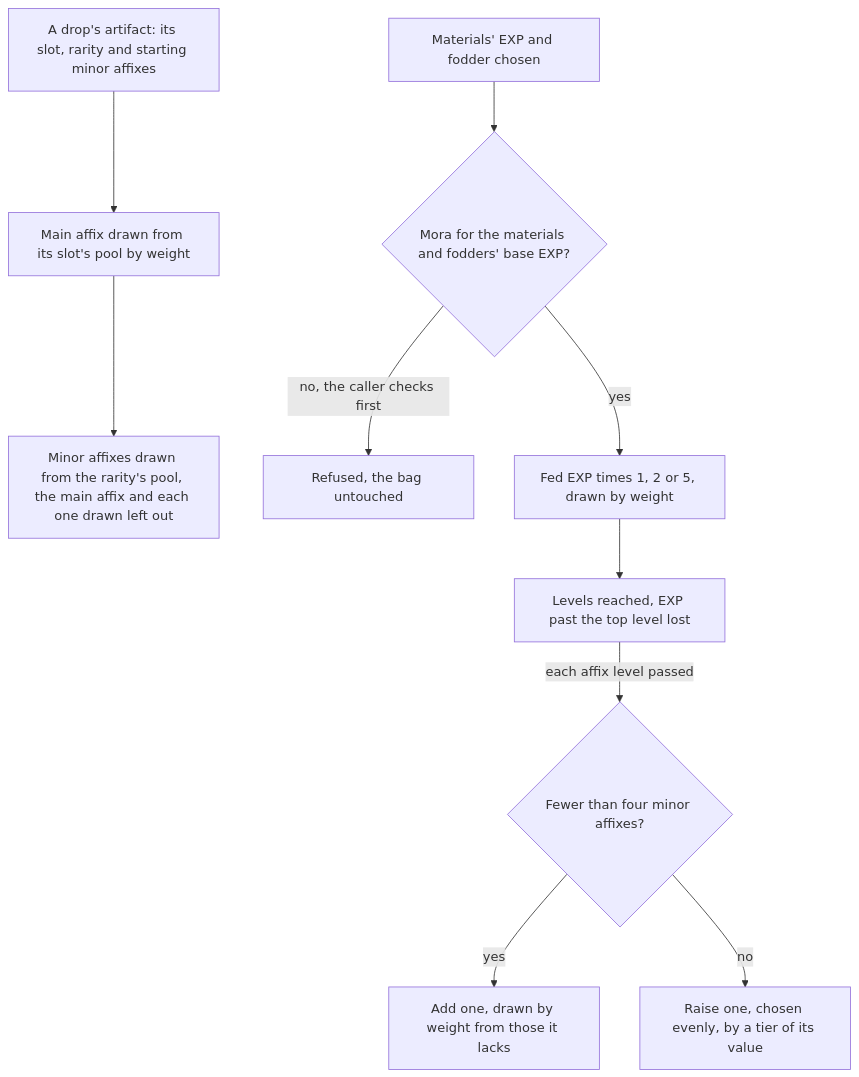
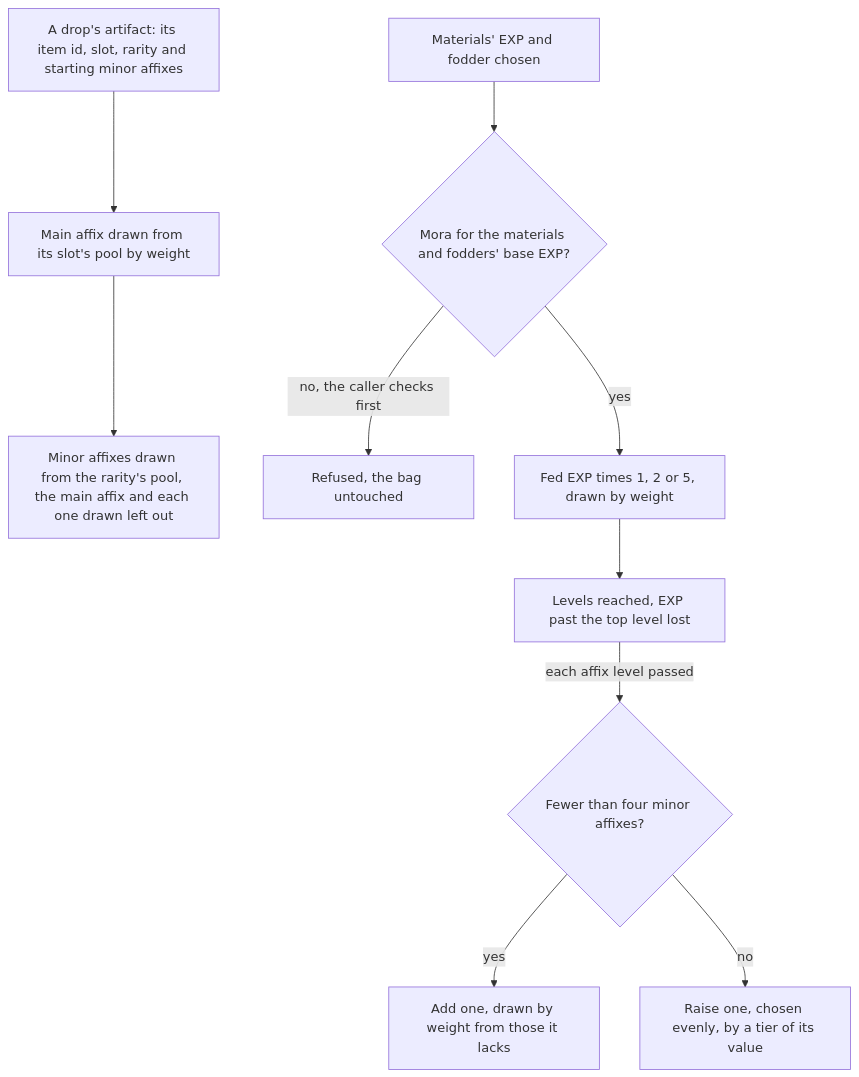
One commit to Esposter/Esposter changed the first of 2 diagrams in openspec/specs/genshin/artifact-enhancement/design.md. Above: the diagram before and after it, drawn with Mermaid. The commit also changed other lines of this file and 35 other files, not shown here.

````diff
--- a/openspec/specs/genshin/artifact-enhancement/design.md
+++ b/openspec/specs/genshin/artifact-enhancement/design.md
@@ -7,12 +7,12 @@
 ```mermaid
 flowchart TD
-  NEW["A drop's artifact: its slot, rarity and starting minor affixes"] --> MAIN["Main affix drawn from its slot's pool by weight"]
+  NEW["A drop's artifact: its item id, slot, rarity and starting minor affixes"] --> MAIN["Main affix drawn from its slot's pool by weight"]
   MAIN --> MINOR["Minor affixes drawn from the rarity's pool, the main affix and each one drawn left out"]
   FEED["Materials' EXP and fodder chosen"] --> MORA{"Mora for the materials and fodders' base EXP?"}
   MORA -->|"no, the caller checks first"| REFUSE["Refused, the bag untouched"]
   MORA -->|"yes"| BONUS["Fed EXP times 1, 2 or 5, drawn by weight"]
   BONUS --> LEVEL["Levels reached, EXP past the top level lost"]
   LEVEL -->|"each affix level passed"| AFFIX{"Fewer than four minor affixes?"}
   AFFIX -->|"yes"| ADD["Add one, drawn by weight from those it lacks"]
   AFFIX -->|"no"| RAISE["Raise one, chosen evenly, by a tier of its value"]
 ```
````
